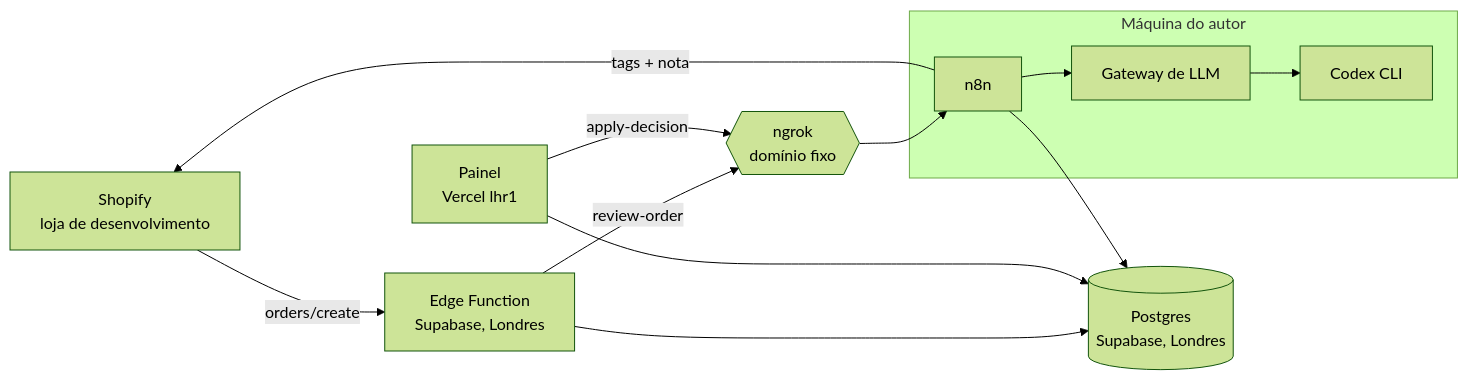
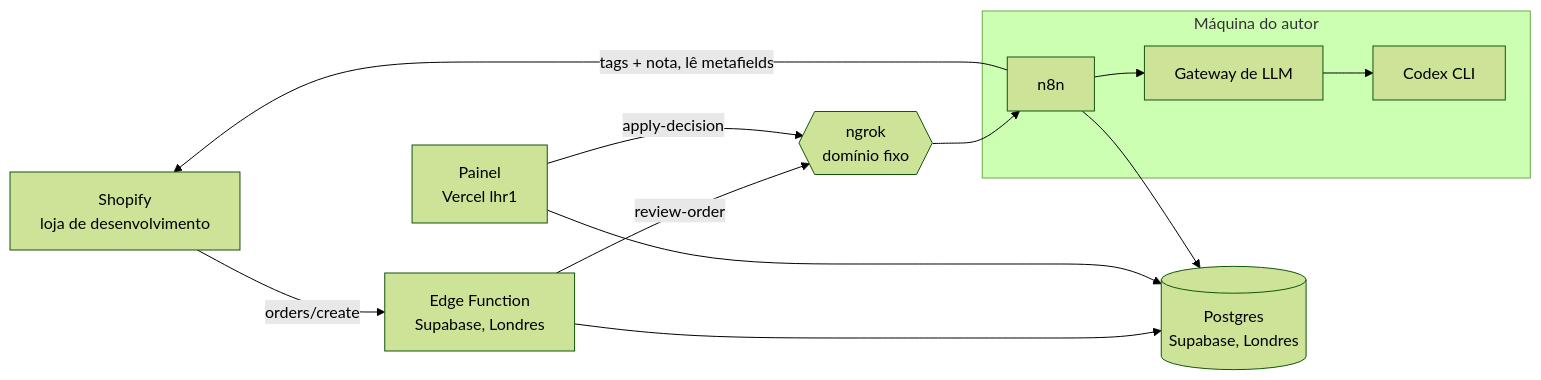
The fourth of 4 diagrams in README.pt-BR.md (SamukDantas/order-ops-copilot), drawn with Mermaid (forest theme) before and after one commit. The commit also changed other lines of this file and 3 other files, not shown here.

First line of the commit message:
docs: diagramas e docs alinhados às regras dos metafields

````diff
--- a/README.pt-BR.md
+++ b/README.pt-BR.md
@@ -325,14 +330,14 @@
 ```mermaid
 flowchart LR
     SHOP["Shopify<br/>loja de desenvolvimento"] -->|orders/create| EF["Edge Function<br/>Supabase, Londres"]
     EF --> DB[("Postgres<br/>Supabase, Londres")]
     UI["Painel<br/>Vercel lhr1"] --> DB
     EF -->|review-order| T{{"ngrok<br/>domínio fixo"}}
     UI -->|apply-decision| T
     subgraph HOST["Máquina do autor"]
         N8N["n8n"] --> GW["Gateway de LLM"] --> CODEX["Codex CLI"]
     end
     T --> N8N
     N8N --> DB
-    N8N -->|tags + nota| SHOP
+    N8N -->|tags + nota, lê metafields| SHOP
 ```
````
